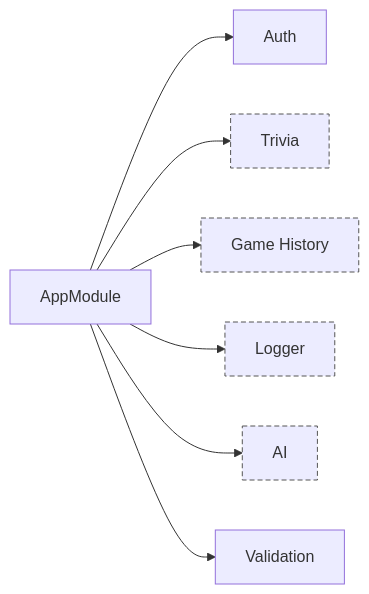
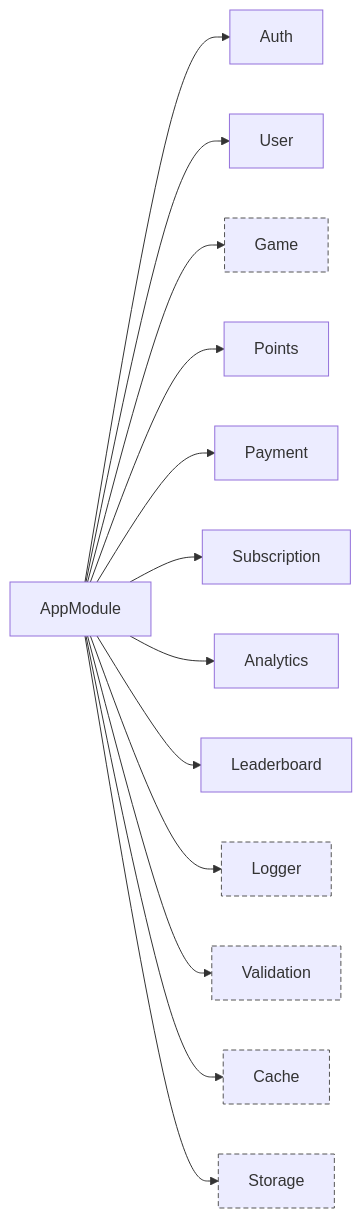
Before and after one commit to IsraelRub/EveryTriv: the first of 31 diagrams in docs/DIAGRAMS.md, drawn with Mermaid. The commit also changed other lines of this file and 67 other files, not shown here.

````diff
--- a/docs/DIAGRAMS.md
+++ b/docs/DIAGRAMS.md
@@ -42,21 +49,33 @@
 ```mermaid
 graph LR
     A[AppModule]
     B[Auth]
-    C[Trivia]
-    D[Game History]
-    E[Logger]
-    F[AI]
-    G[Validation]
+    C[User]
+    D[Game]
+    E[Points]
+    F[Payment]
+    G[Subscription]
+    H[Analytics]
+    I[Leaderboard]
+    J[Logger]
+    K[Validation]
+    L[Cache]
+    M[Storage]
 
     A --> B
     A --> C
     A --> D
     A --> E
     A --> F
     A --> G
+    A --> H
+    A --> I
+    A --> J
+    A --> K
+    A --> L
+    A --> M
 
     %% מקווקווים = מאוחד בפועל
     classDef conceptual stroke-dasharray:5 3,stroke:#555;
-    class C,D,E,F conceptual;
+    class D,J,K,L,M conceptual;
 ```
````
